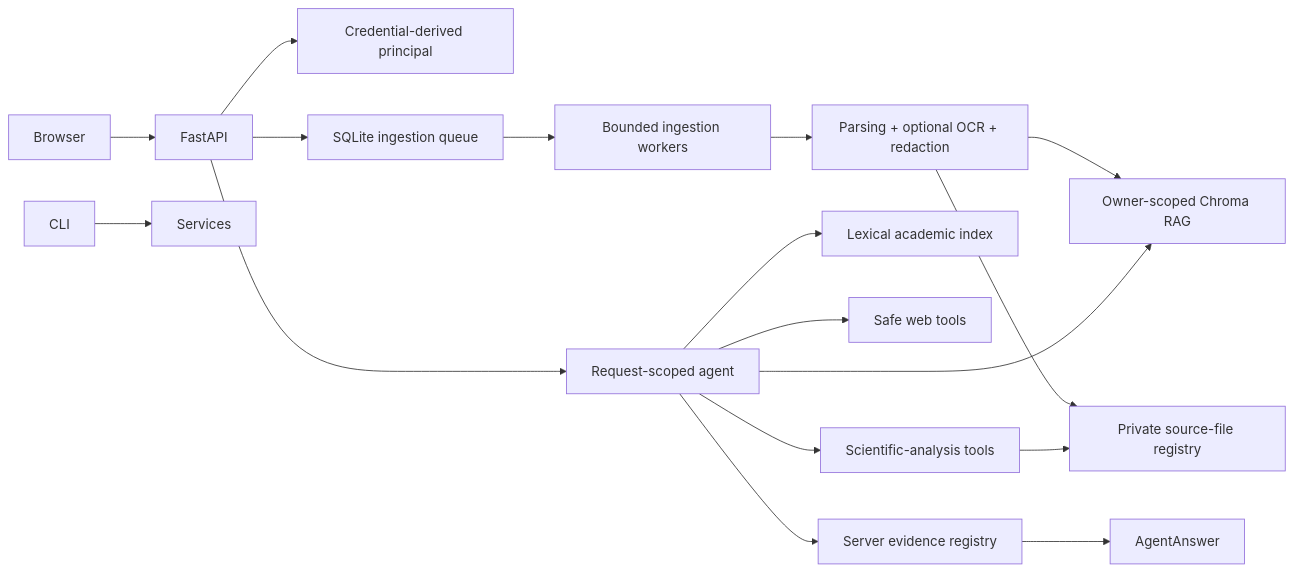
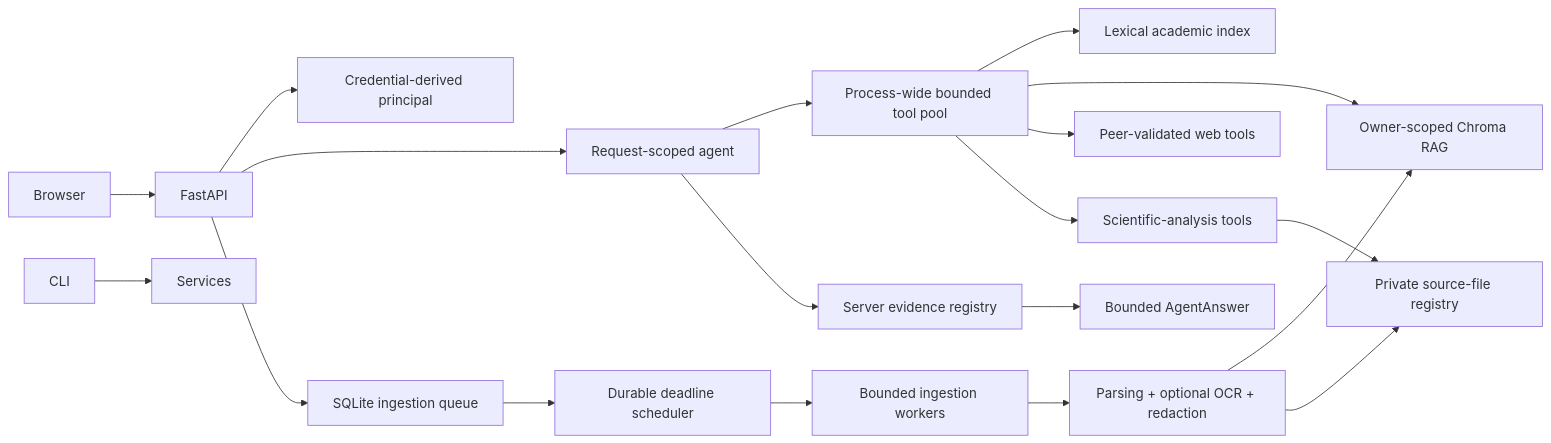
The diagram in README.md (Anurag9000/RigorousRAG), drawn with Mermaid before and after one commit. The commit also changed other lines of this file, not shown here.

````diff
--- a/README.md
+++ b/README.md
@@ -17,19 +17,21 @@
 ```mermaid
 graph LR
     Browser --> FastAPI
     CLI --> Services
     FastAPI --> Principal[Credential-derived principal]
     FastAPI --> Agent[Request-scoped agent]
     FastAPI --> Queue[SQLite ingestion queue]
-    Queue --> Workers[Bounded ingestion workers]
+    Queue --> Scheduler[Durable deadline scheduler]
+    Scheduler --> Workers[Bounded ingestion workers]
     Workers --> Parser[Parsing + optional OCR + redaction]
     Parser --> RAG[Owner-scoped Chroma RAG]
     Parser --> Registry[Private source-file registry]
-    Agent --> Academic[Lexical academic index]
-    Agent --> RAG
-    Agent --> Web[Safe web tools]
-    Agent --> Integrity[Scientific-analysis tools]
+    Agent --> ToolPool[Process-wide bounded tool pool]
+    ToolPool --> Academic[Lexical academic index]
+    ToolPool --> RAG
+    ToolPool --> Web[Peer-validated web tools]
+    ToolPool --> Integrity[Scientific-analysis tools]
     Integrity --> Registry
     Agent --> Evidence[Server evidence registry]
-    Evidence --> Answer[AgentAnswer]
+    Evidence --> Answer[Bounded AgentAnswer]
 ```
````
